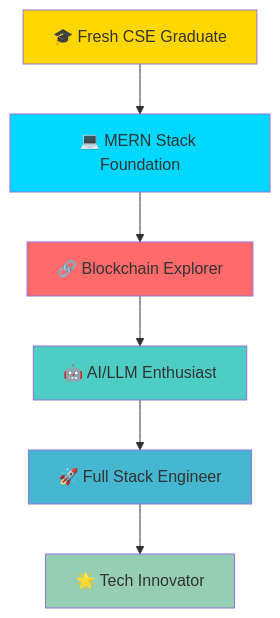
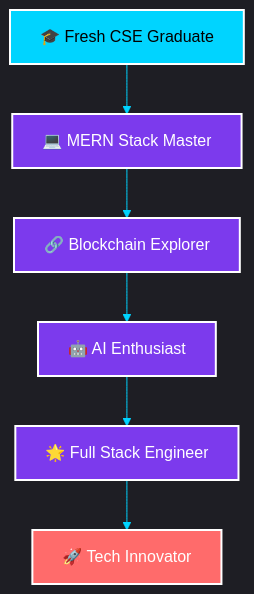
The diagram in README.md (Shanto57575/Shanto57575), drawn with Mermaid before and after one commit. The commit also changed other lines of this file, not shown here.

````diff
--- a/README.md
+++ b/README.md
@@ -39,15 +180,17 @@
 ```mermaid
-graph TD
-    A[🎓 Fresh CSE Graduate] --> B[💻 MERN Stack Foundation]
+%%{init: {'theme':'dark', 'themeVariables': { 'primaryColor': '#00D4FF', 'primaryTextColor': '#FFFFFF', 'primaryBorderColor': '#7C3AED', 'lineColor': '#00D4FF', 'secondaryColor': '#7C3AED', 'tertiaryColor': '#FF6B6B', 'background': '#0D1117', 'mainBkg': '#161B22', 'secondBkg': '#21262D'}}}%%
+flowchart TD
+    A[🎓 Fresh CSE Graduate] --> B[💻 MERN Stack Master]
     B --> C[🔗 Blockchain Explorer]
-    C --> D[🤖 AI/LLM Enthusiast]
-    D --> E[🚀 Full Stack Engineer]
-    E --> F[🌟 Tech Innovator]
+    C --> D[🤖 AI Enthusiast]
+    D --> E[🌟 Full Stack Engineer]
+    E --> F[🚀 Tech Innovator]
     
-    style A fill:#FFD700
-    style B fill:#00D8FF
-    style C fill:#FF6B6B
-    style D fill:#4ECDC4
-    style E fill:#45B7D1
-    style F fill:#96CEB4
+    classDef startNode fill:#00D4FF,stroke:#FFFFFF,stroke-width:2px,color:#000000
+    classDef processNode fill:#7C3AED,stroke:#FFFFFF,stroke-width:2px,color:#FFFFFF
+    classDef endNode fill:#FF6B6B,stroke:#FFFFFF,stroke-width:2px,color:#FFFFFF
+    
+    class A startNode
+    class B,C,D,E processNode
+    class F endNode
 ```
````
